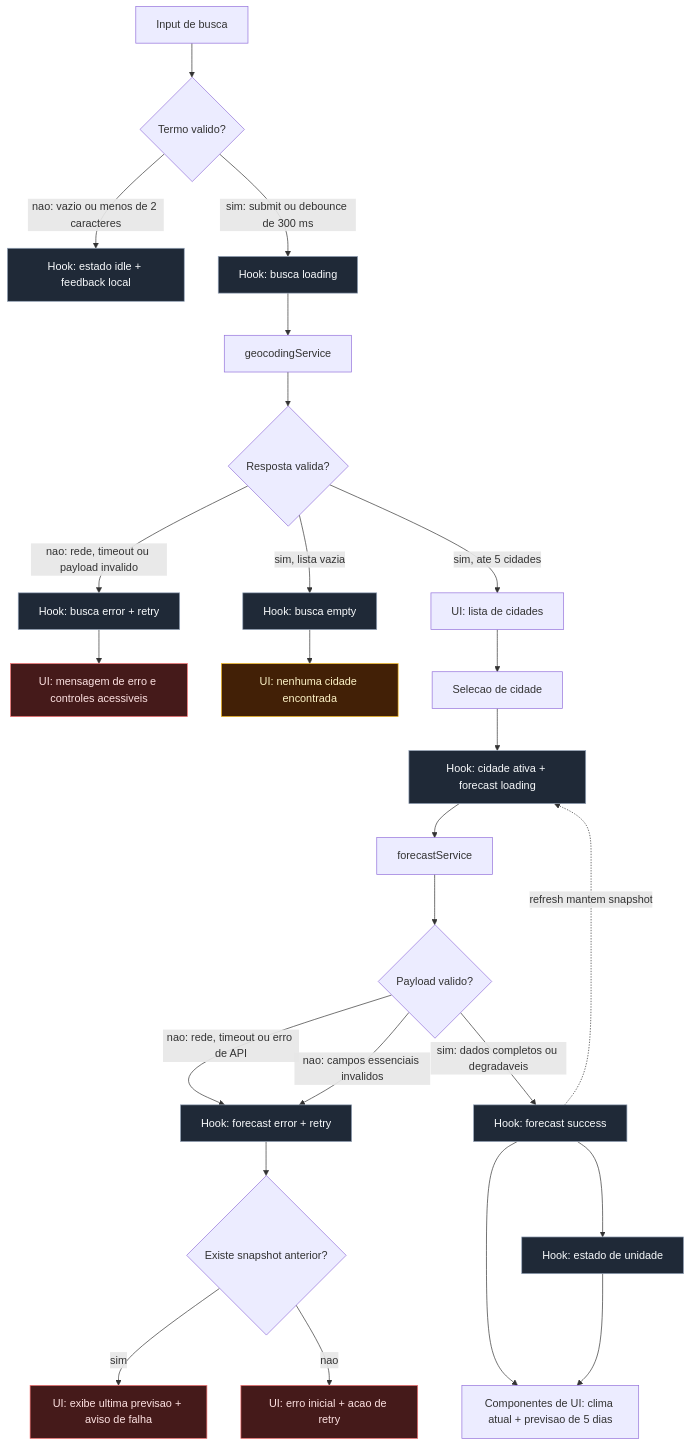
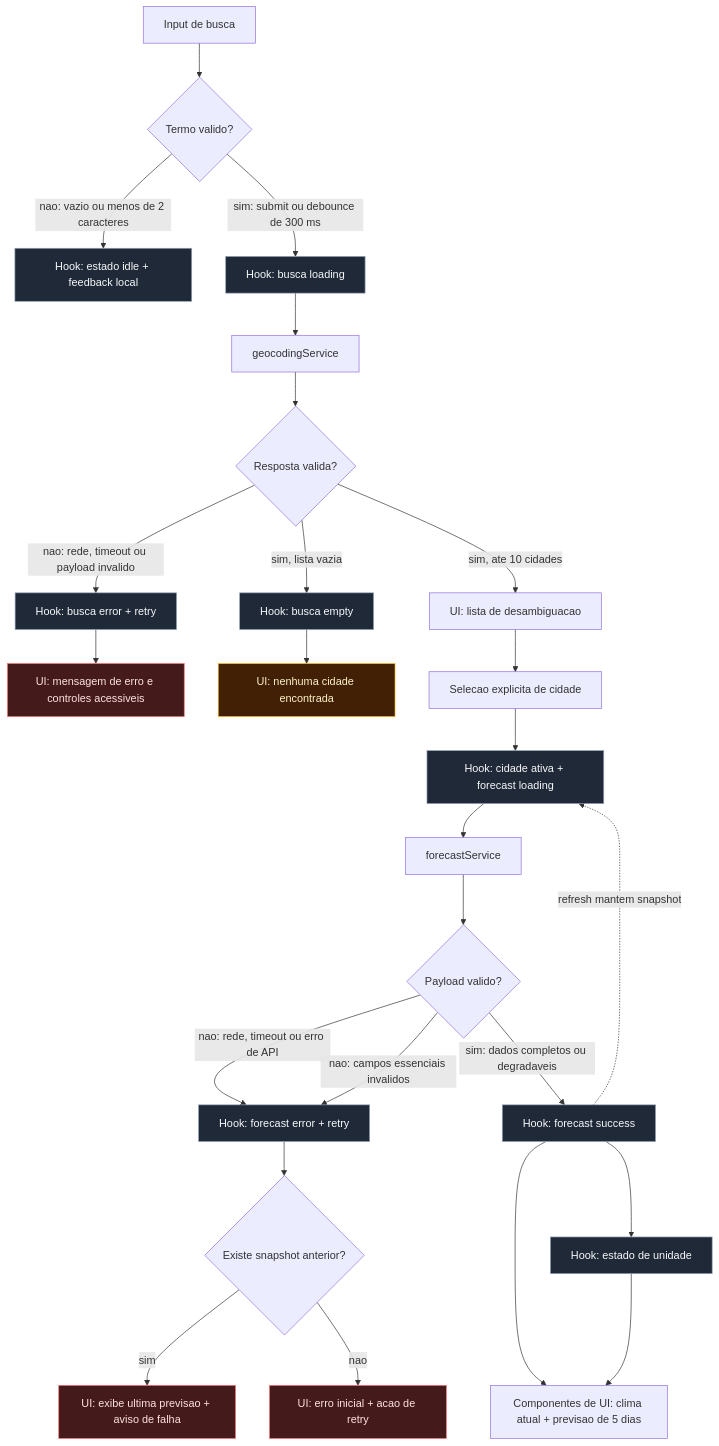
The diagram in plans/weather-app-plan.md (treinamentos-serpro/sdd-weather-app-muller), drawn with Mermaid before and after one commit. The commit also changed other lines of this file and 11 other files, not shown here.

````diff
--- a/plans/weather-app-plan.md
+++ b/plans/weather-app-plan.md
@@ -234,34 +234,34 @@
 ```mermaid
 flowchart TD
   A[Input de busca] --> B{Termo valido?}
   B -- "nao: vazio ou menos de 2 caracteres" --> C[Hook: estado idle + feedback local]
   B -- "sim: submit ou debounce de 300 ms" --> D[Hook: busca loading]
   D --> E[geocodingService]
   E --> F{Resposta valida?}
   F -- "nao: rede, timeout ou payload invalido" --> G[Hook: busca error + retry]
   F -- "sim, lista vazia" --> H[Hook: busca empty]
-  F -- "sim, ate 5 cidades" --> I[UI: lista de cidades]
+  F -- "sim, ate 10 cidades" --> I[UI: lista de desambiguacao]
   G --> J[UI: mensagem de erro e controles acessiveis]
   H --> K[UI: nenhuma cidade encontrada]
-  I --> L[Selecao de cidade]
+  I --> L[Selecao explicita de cidade]
   L --> M[Hook: cidade ativa + forecast loading]
   M --> N[forecastService]
   N --> O{Payload valido?}
   O -- "nao: rede, timeout ou erro de API" --> P[Hook: forecast error + retry]
   O -- "nao: campos essenciais invalidos" --> P
   O -- "sim: dados completos ou degradaveis" --> Q[Hook: forecast success]
   Q --> R[Componentes de UI: clima atual + previsao de 5 dias]
   P --> S{Existe snapshot anterior?}
   S -- sim --> T[UI: exibe ultima previsao + aviso de falha]
   S -- nao --> U[UI: erro inicial + acao de retry]
   Q --> V[Hook: estado de unidade]
   V --> R
   Q -. "refresh mantem snapshot" .-> M
 
   classDef state fill:#1f2937,stroke:#94a3b8,color:#f8fafc
   classDef error fill:#451a1a,stroke:#f87171,color:#fee2e2
   classDef empty fill:#422006,stroke:#fbbf24,color:#fef3c7
   class C,D,G,H,M,P,Q,V state
   class J,U,T error
   class K empty
 ```
````
